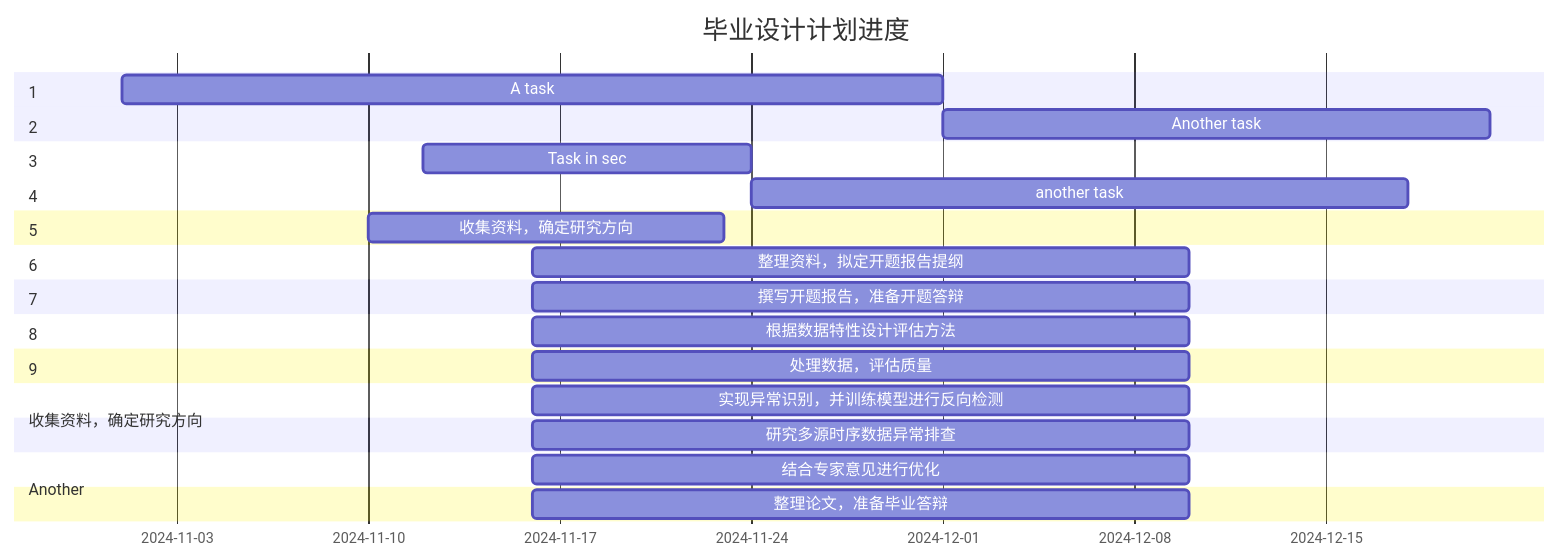
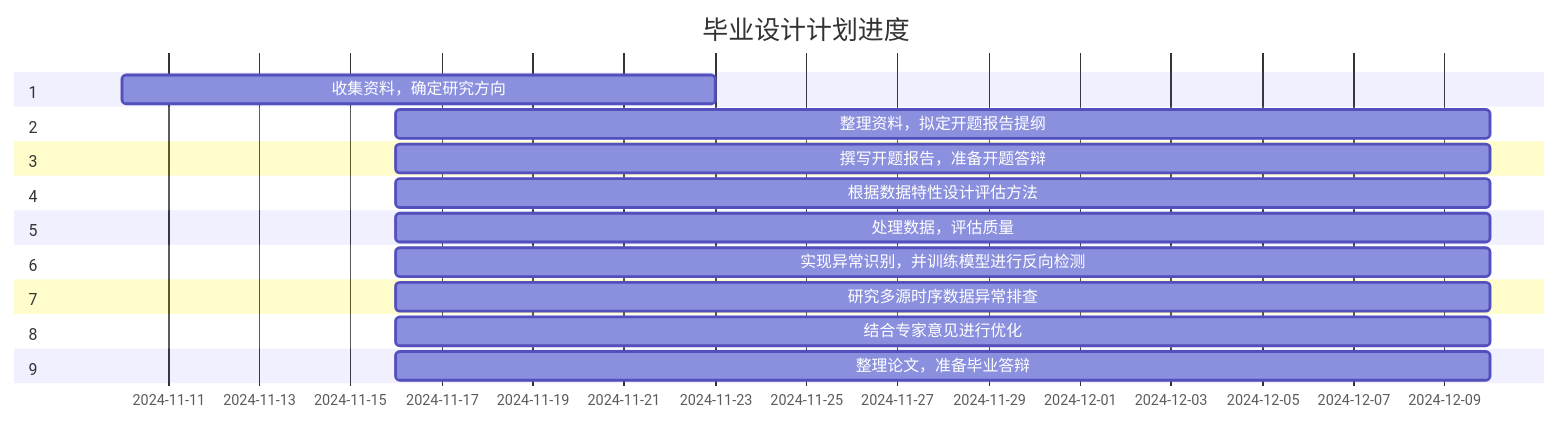
The diagram in all/未命名.md (Kelseyyz/iodraw-files), drawn with Mermaid before and after one commit.

Commit message:
2024-12-30 14:49:27 update

````diff
--- a/all/未命名.md
+++ b/all/未命名.md
@@ -1,38 +1,29 @@
 ```mermaid
 gantt
     title 毕业设计计划进度
     dateFormat  YYYY-MM-DD
     
-    
-
-
-    section 收集资料，确定研究方向
-    A task           :a1, 2024-11-01, 30d
-    Another task     :after a1  , 20d
-    section Another
-    Task in sec      :2024-11-12  , 12d
-    another task      : 24d
 
 
     section 1
     收集资料，确定研究方向           : 2024-11-10  , 13d
     section 2
     整理资料，拟定开题报告提纲       : 2024-11-16  , 24d
     section 3
     撰写开题报告，准备开题答辩       : 2024-11-16  , 24d
     section 4
     根据数据特性设计评估方法         : 2024-11-16  , 24d
     section 5
     处理数据，评估质量               : 2024-11-16  , 24d
     section 6
     实现异常识别，并训练模型进行反向检测    : 2024-11-16  , 24d
     section 7
     研究多源时序数据异常排查         : 2024-11-16  , 24d
     section 8
     结合专家意见进行优化             : 2024-11-16  , 24d
     section 9
     整理论文，准备毕业答辩           : 2024-11-16  , 24d
 
 
 
 ```
````
